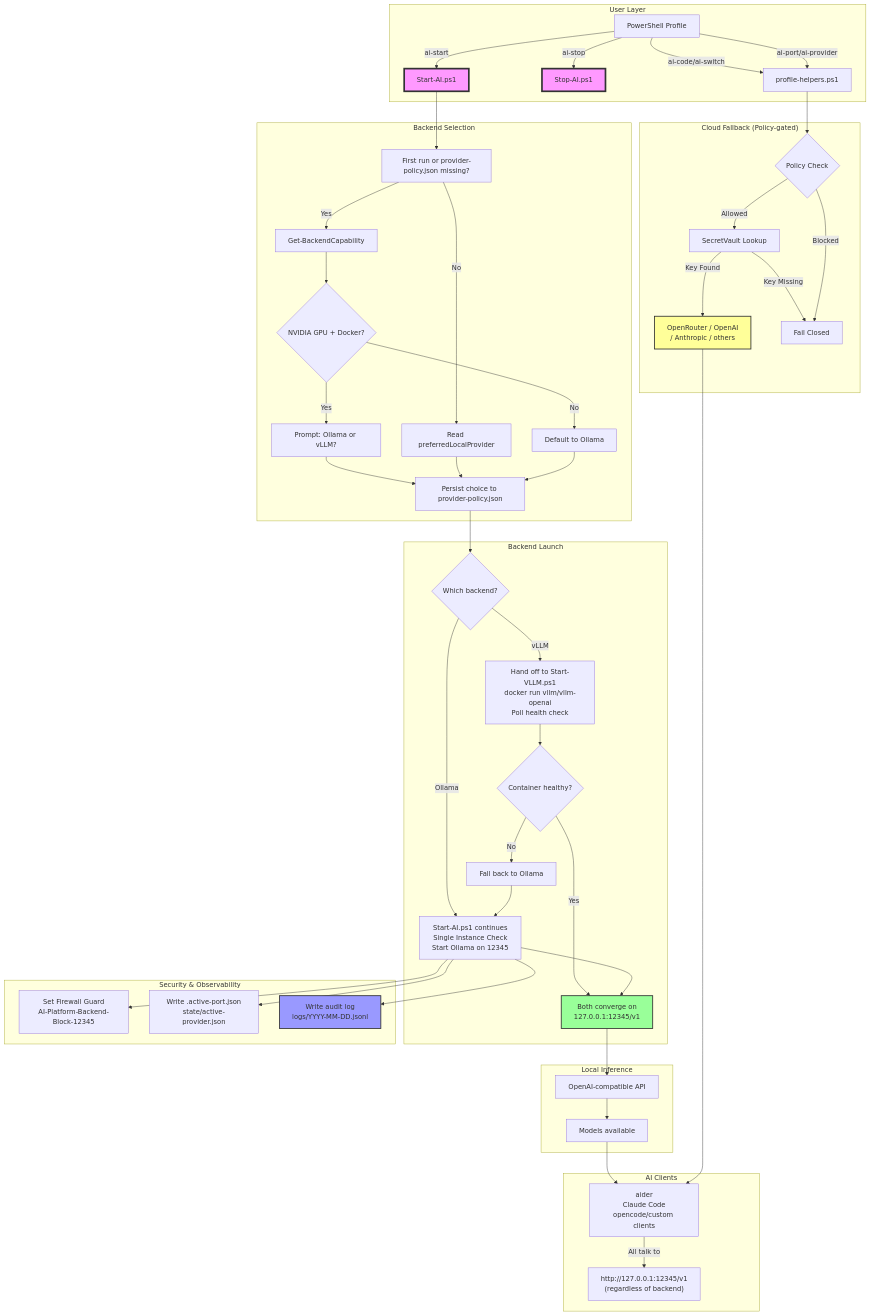
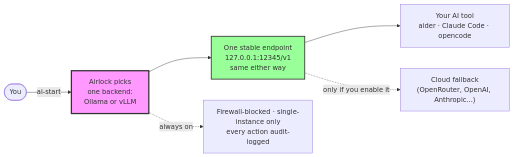
Before and after one commit to veeresh-bikkaneti/airlock: the second of 6 diagrams in README.md, drawn with Mermaid. The commit also changed other lines of this file, not shown here.

Commit message:
docs: simplify architecture diagram, fix secret-storage description
Collapses the sprawling multi-subgraph flowchart into one high-level
diagram plus a pointer to the detailed ones below, and corrects the
secrets line to describe the actual auth.json mechanism instead of
PowerShell SecretVault.

````diff
--- a/README.md
+++ b/README.md
@@ -166,63 +168,11 @@
 ```mermaid
-flowchart TD
-    subgraph "User Layer"
-        A[PowerShell Profile] -->|ai-start| B[Start-AI.ps1]
-        A -->|ai-stop| C[Stop-AI.ps1]
-        A -->|ai-code/ai-switch| D[profile-helpers.ps1]
-        A -->|ai-port/ai-provider| D
-    end
+flowchart LR
+    U([You]) -->|ai-start| P[Airlock picks<br/>one backend:<br/>Ollama or vLLM]
+    P --> E["One stable endpoint<br/>127.0.0.1:12345/v1<br/>same either way"]
+    E --> C["Your AI tool<br/>aider · Claude Code · opencode"]
+    P -.->|always on| G["Firewall-blocked · single-instance only<br/>every action audit-logged"]
+    E -.->|only if you enable it| CL["Cloud fallback<br/>(OpenRouter, OpenAI, Anthropic...)"]
 
-    subgraph "Backend Selection"
-        B --> E[First run or provider-policy.json missing?]
-        E -->|Yes| F[Get-BackendCapability]
-        E -->|No| G[Read preferredLocalProvider]
-        F --> H{NVIDIA GPU + Docker?}
-        H -->|Yes| I["Prompt: Ollama or vLLM?"]
-        H -->|No| J[Default to Ollama]
-        I --> K[Persist choice to provider-policy.json]
-        G --> K
-        J --> K
-    end
-
-    subgraph "Backend Launch"
-        K --> L{Which backend?}
-        L -->|Ollama| M[Start-AI.ps1 continues<br/>Single Instance Check<br/>Start Ollama on 12345]
-        L -->|vLLM| N[Hand off to Start-VLLM.ps1<br/>docker run vllm/vllm-openai<br/>Poll health check]
-        N --> O{Container healthy?}
-        O -->|No| P[Fall back to Ollama]
-        P --> M
-        O -->|Yes| Q["Both converge on<br/>127.0.0.1:12345/v1"]
-    end
-
-    subgraph "Local Inference"
-        M --> Q
-        Q --> R["OpenAI-compatible API"]
-        R --> S[Models available]
-    end
-
-    subgraph "Security & Observability"
-        M --> T[Set Firewall Guard<br/>AI-Platform-Backend-Block-12345]
-        M --> U[Write .active-port.json<br/>state/active-provider.json]
-        M --> V[Write audit log<br/>logs/YYYY-MM-DD.jsonl]
-    end
-
-    subgraph "Cloud Fallback (Policy-gated)"
-        D --> W{Policy Check}
-        W -->|Allowed| X[SecretVault Lookup]
-        X -->|Key Found| Y["OpenRouter / OpenAI<br/>/ Anthropic / others"]
-        X -->|Key Missing| Z[Fail Closed]
-        W -->|Blocked| Z
-    end
-
-    subgraph "AI Clients"
-        S --> AA["aider<br/>Claude Code<br/>opencode/custom clients"]
-        Y --> AA
-        AA -->|All talk to| AB["http://127.0.0.1:12345/v1<br/>(regardless of backend)"]
-    end
-
-    style B fill:#f9f,stroke:#333,stroke-width:4px
-    style C fill:#f9f,stroke:#333,stroke-width:4px
-    style Q fill:#9f9,stroke:#333,stroke-width:2px
-    style Y fill:#ff9,stroke:#333,stroke-width:2px
-    style V fill:#99f,stroke:#333,stroke-width:2px
+    style P fill:#f9f,stroke:#333,stroke-width:3px
+    style E fill:#9f9,stroke:#333,stroke-width:2px
 ```
````
